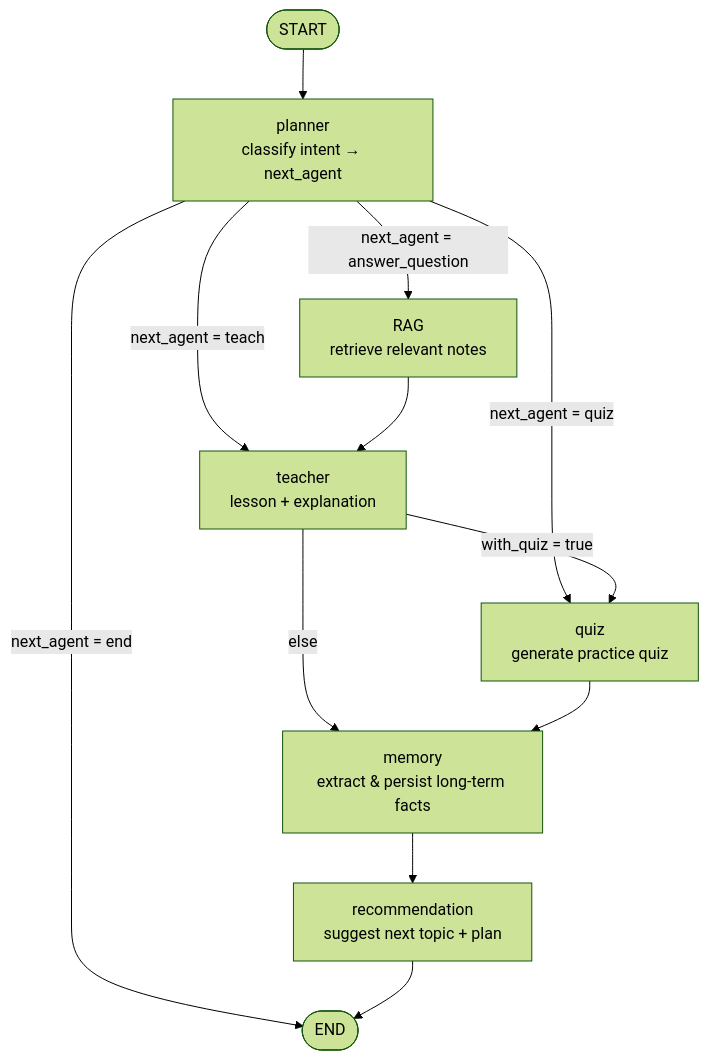
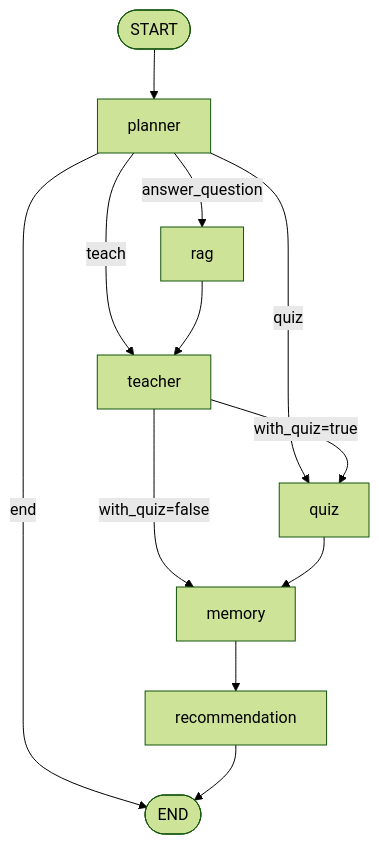
The first of 2 diagrams in docs/architecture.md (uplaybiss/CodeMentor), drawn with Mermaid (forest theme) before and after one commit. The commit also changed other lines of this file and 94 other files, not shown here.

````diff
--- a/docs/architecture.md
+++ b/docs/architecture.md
@@ -74,18 +20,14 @@
 ```mermaid
 flowchart TD
-    START([START]) --> P[planner\nclassify intent → next_agent]
-
-    P -->|next_agent = teach| TCH[teacher\nlesson + explanation]
-    P -->|next_agent = answer_question| RA[RAG\nretrieve relevant notes]
-    P -->|next_agent = quiz| Q[quiz\ngenerate practice quiz]
-    P -->|next_agent = end| END([END])
-
-    RA --> TCH
-
-    TCH -->|with_quiz = true| Q
-    TCH -->|else| M[memory\nextract & persist long-term facts]
-
+    S([START]) --> P[planner]
+    P -->|teach| T[teacher]
+    P -->|answer_question| R[rag]
+    P -->|quiz| Q[quiz]
+    P -->|end| E([END])
+    R --> T
+    T -->|with_quiz=true| Q
+    T -->|with_quiz=false| M[memory]
     Q --> M
-    M --> REC[recommendation\nsuggest next topic + plan]
-    REC --> END
+    M --> Rec[recommendation]
+    Rec --> E
 ```
````
